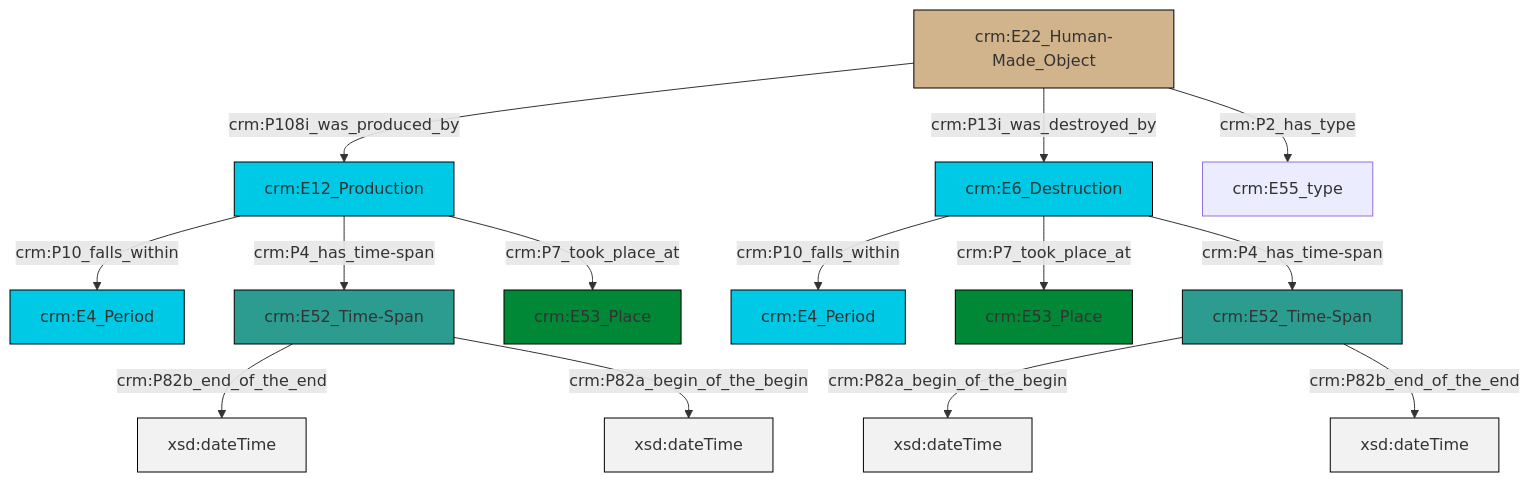
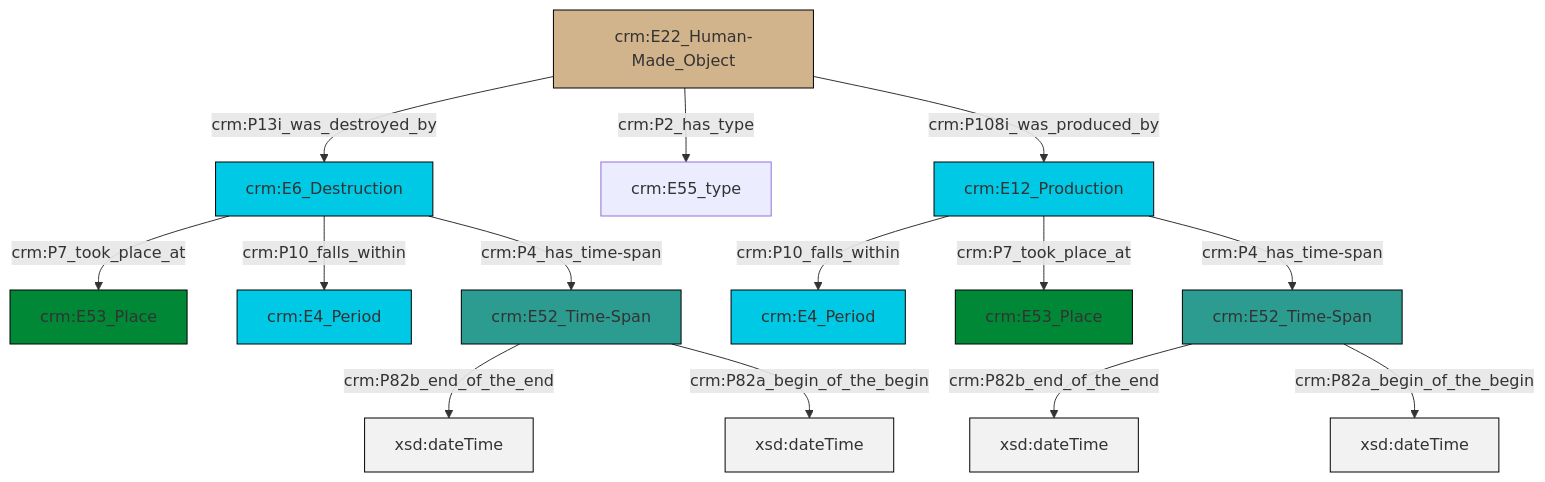
One commit to swiss-art-research-net/docs.swissartresearch changed the diagram in et/artworkCSV/ttl/mmd/Artwork_Existence.ttl.mmd. Above: the diagram before and after it, drawn with Mermaid. The commit also changed 204 other files, not shown here.

```diff
--- a/et/artworkCSV/ttl/mmd/Artwork_Existence.ttl.mmd
+++ b/et/artworkCSV/ttl/mmd/Artwork_Existence.ttl.mmd
@@ -1,28 +1,28 @@
 graph TD
 classDef Literal fill:#f2f2f2,stroke:#000000;
 classDef CRM_Entity fill:#FFFFFF,stroke:#000000;
 classDef Temporal_Entity fill:#00C9E6, stroke:#000000;
 classDef Type fill:#E18312, stroke:#000000;
 classDef Time-Span fill:#2C9C91, stroke:#000000;
 classDef Appellation fill:#FFEB7F, stroke:#000000;
 classDef Place fill:#008836, stroke:#000000;
 classDef Persistent_Item fill:#B266B2, stroke:#000000;
 classDef Conceptual_Object fill:#FFD700, stroke:#000000;
 classDef Physical_Thing fill:#D2B48C, stroke:#000000;
 classDef Actor fill:#f58aad, stroke:#000000;
 classDef PC_Classes fill:#4ce600, stroke:#000000;
 classDef Multi fill:#cccccc,stroke:#000000;
 
-2["crm:E22_Human-Made_Object"]:::Physical_Thing -->|crm:P108i_was_produced_by| 3["crm:E12_Production"]:::Temporal_Entity
-3["crm:E12_Production"]:::Temporal_Entity -->|crm:P10_falls_within| 4["crm:E4_Period"]:::Temporal_Entity
-2["crm:E22_Human-Made_Object"]:::Physical_Thing -->|crm:P13i_was_destroyed_by| 11["crm:E6_Destruction"]:::Temporal_Entity
-3["crm:E12_Production"]:::Temporal_Entity -->|crm:P4_has_time-span| 12["crm:E52_Time-Span"]:::Time-Span
-11["crm:E6_Destruction"]:::Temporal_Entity -->|crm:P10_falls_within| 7["crm:E4_Period"]:::Temporal_Entity
-11["crm:E6_Destruction"]:::Temporal_Entity -->|crm:P7_took_place_at| 9["crm:E53_Place"]:::Place
-12["crm:E52_Time-Span"]:::Time-Span -->|crm:P82b_end_of_the_end| 13[xsd:dateTime]:::Literal
-0["crm:E52_Time-Span"]:::Time-Span -->|crm:P82a_begin_of_the_begin| 16[xsd:dateTime]:::Literal
-2["crm:E22_Human-Made_Object"]:::Physical_Thing -->|crm:P2_has_type| 5["crm:E55_type"]:::Default
-12["crm:E52_Time-Span"]:::Time-Span -->|crm:P82a_begin_of_the_begin| 20[xsd:dateTime]:::Literal
-3["crm:E12_Production"]:::Temporal_Entity -->|crm:P7_took_place_at| 21["crm:E53_Place"]:::Place
-11["crm:E6_Destruction"]:::Temporal_Entity -->|crm:P4_has_time-span| 0["crm:E52_Time-Span"]:::Time-Span
-0["crm:E52_Time-Span"]:::Time-Span -->|crm:P82b_end_of_the_end| 23[xsd:dateTime]:::Literal
+0["crm:E52_Time-Span"]:::Time-Span -->|crm:P82b_end_of_the_end| 1[xsd:dateTime]:::Literal
+2["crm:E22_Human-Made_Object"]:::Physical_Thing -->|crm:P13i_was_destroyed_by| 3["crm:E6_Destruction"]:::Temporal_Entity
+0["crm:E52_Time-Span"]:::Time-Span -->|crm:P82a_begin_of_the_begin| 4[xsd:dateTime]:::Literal
+7["crm:E12_Production"]:::Temporal_Entity -->|crm:P10_falls_within| 8["crm:E4_Period"]:::Temporal_Entity
+3["crm:E6_Destruction"]:::Temporal_Entity -->|crm:P7_took_place_at| 9["crm:E53_Place"]:::Place
+7["crm:E12_Production"]:::Temporal_Entity -->|crm:P7_took_place_at| 10["crm:E53_Place"]:::Place
+2["crm:E22_Human-Made_Object"]:::Physical_Thing -->|crm:P2_has_type| 12["crm:E55_type"]:::Default
+3["crm:E6_Destruction"]:::Temporal_Entity -->|crm:P10_falls_within| 5["crm:E4_Period"]:::Temporal_Entity
+15["crm:E52_Time-Span"]:::Time-Span -->|crm:P82b_end_of_the_end| 16[xsd:dateTime]:::Literal
+2["crm:E22_Human-Made_Object"]:::Physical_Thing -->|crm:P108i_was_produced_by| 7["crm:E12_Production"]:::Temporal_Entity
+7["crm:E12_Production"]:::Temporal_Entity -->|crm:P4_has_time-span| 15["crm:E52_Time-Span"]:::Time-Span
+3["crm:E6_Destruction"]:::Temporal_Entity -->|crm:P4_has_time-span| 0["crm:E52_Time-Span"]:::Time-Span
+15["crm:E52_Time-Span"]:::Time-Span -->|crm:P82a_begin_of_the_begin| 18[xsd:dateTime]:::Literal
```
